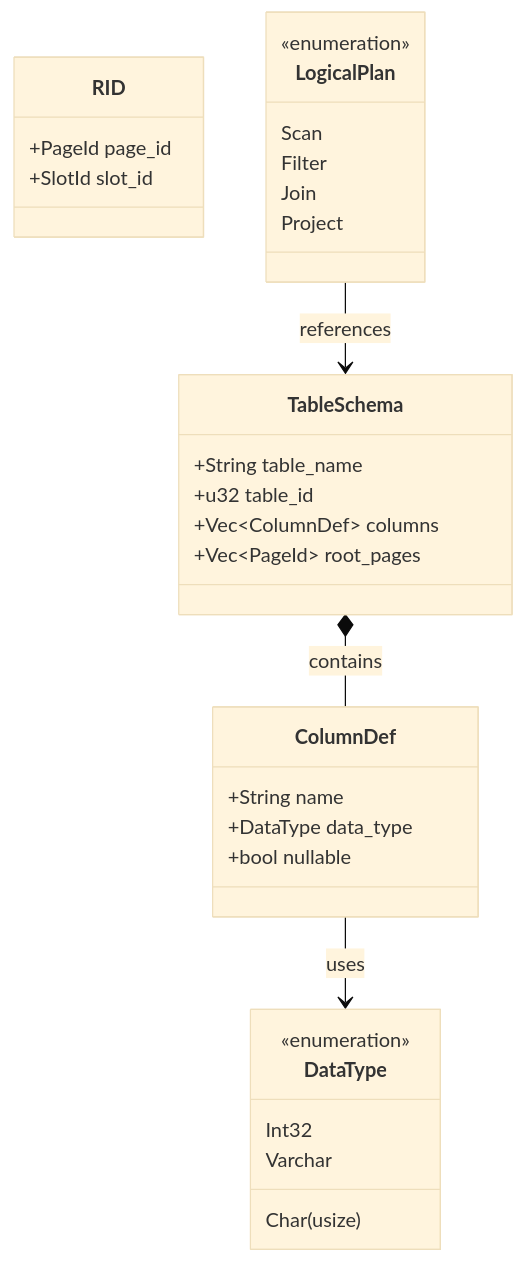
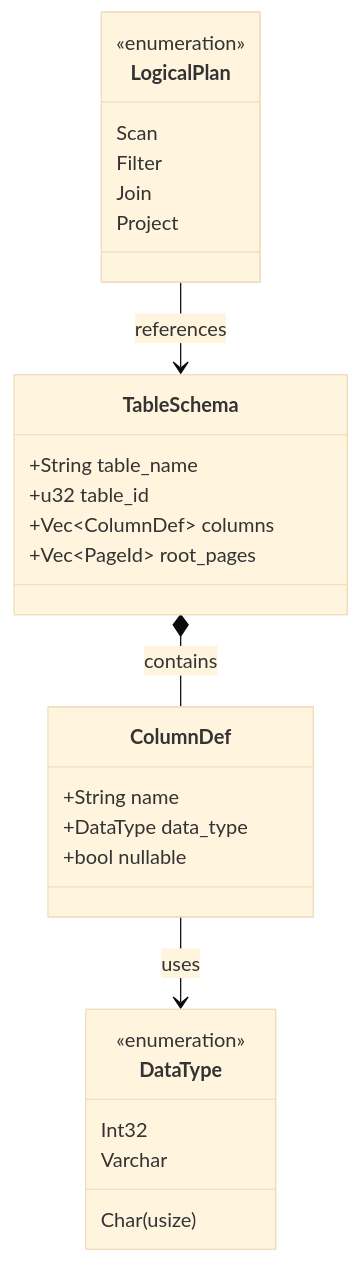
One commit to Kisechan/db-engine changed the second of 4 diagrams in docs/1-分析类的定义.md. Above: the diagram before and after it, drawn with Mermaid (base theme). The commit also changed other lines of this file, not shown here.

````diff
--- a/docs/1-分析类的定义.md
+++ b/docs/1-分析类的定义.md
@@ -198,39 +2937,34 @@
 ```mermaid
 classDiagram
     class TableSchema {
         +String table_name
         +u32 table_id
         +Vec~ColumnDef~ columns
         +Vec~PageId~ root_pages
     }
     
     class ColumnDef {
         +String name
         +DataType data_type
         +bool nullable
     }
     
     class DataType {
         <<enumeration>>
         Int32
         Char(usize)
         Varchar
     }
     
-    class RID {
-        +PageId page_id
-        +SlotId slot_id
-    }
-    
     class LogicalPlan {
         <<enumeration>>
         Scan
         Filter
         Join
         Project
     }
     
     TableSchema *-- ColumnDef : contains
     ColumnDef --> DataType : uses
     LogicalPlan --> TableSchema : references
 ```
````
